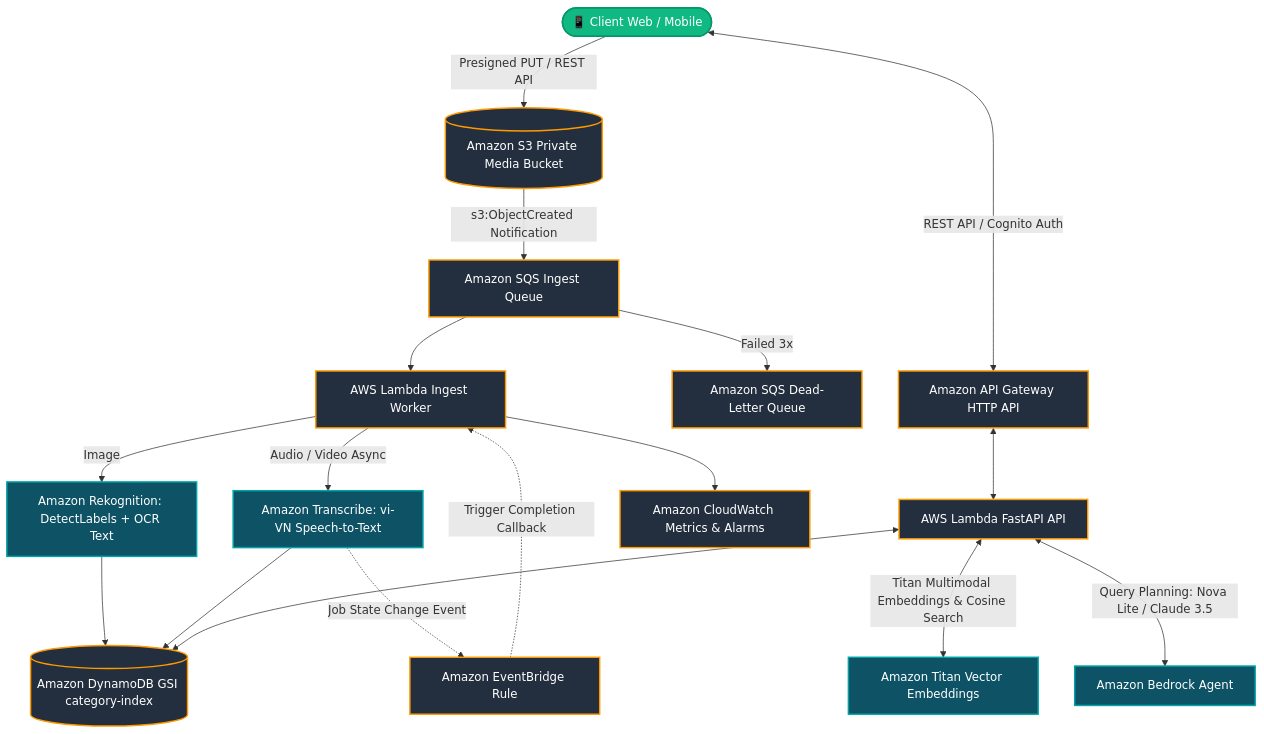
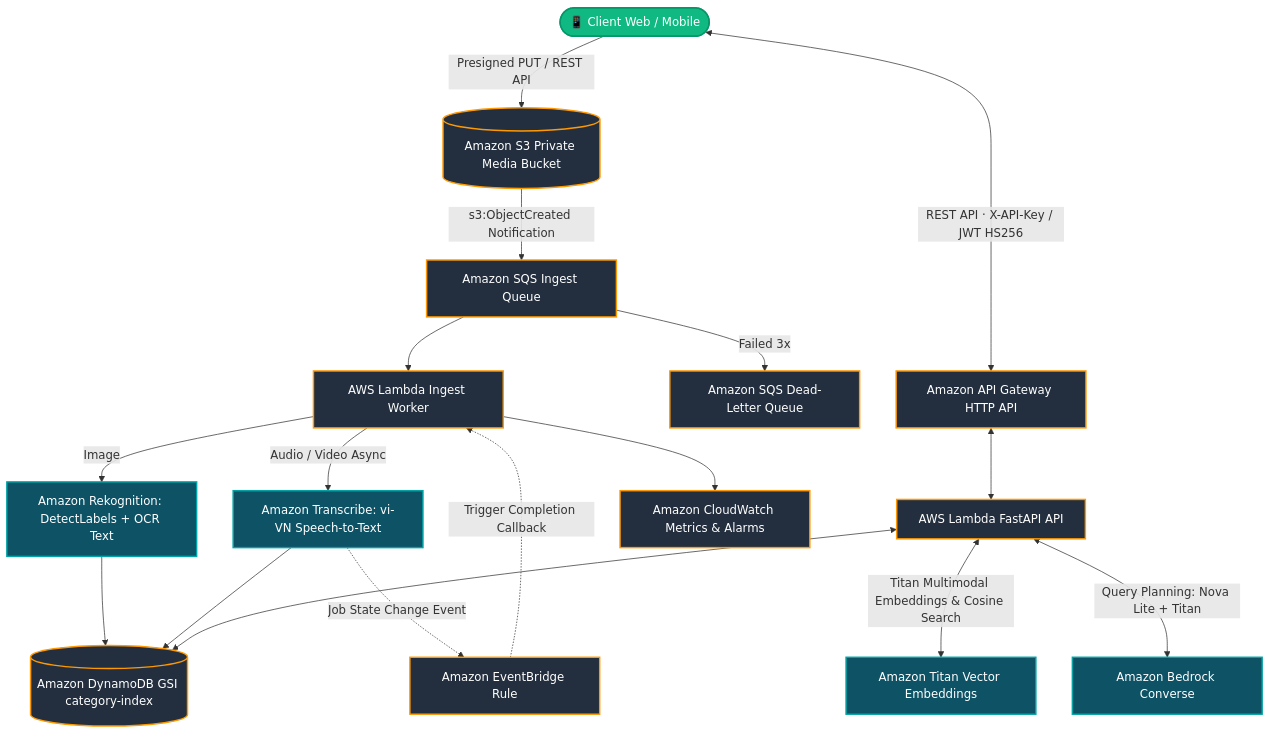
Before and after one commit to Mphuc310771/edumedia-ai: the diagram in README.md, drawn with Mermaid. The commit also changed other lines of this file and 20 other files, not shown here.

````diff
--- a/README.md
+++ b/README.md
@@ -16,29 +16,29 @@
 ```mermaid
 flowchart TD
     Client([📱 Client Web / Mobile]):::client -->|Presigned PUT / REST API| S3[(Amazon S3 Private Media Bucket)]:::aws
-    Client <-->|REST API / Cognito Auth| APIGW[Amazon API Gateway HTTP API]:::aws
+    Client <-->|REST API · X-API-Key / JWT HS256| APIGW[Amazon API Gateway HTTP API]:::aws
     APIGW <--> LambdaAPI[AWS Lambda FastAPI API]:::aws
     
     S3 -->|s3:ObjectCreated Notification| SQS[Amazon SQS Ingest Queue]:::aws
     SQS -->|Failed 3x| DLQ[Amazon SQS Dead-Letter Queue]:::aws
     SQS --> LambdaWorker[AWS Lambda Ingest Worker]:::aws
     
     LambdaWorker -->|Image| Rekognition[Amazon Rekognition: DetectLabels + OCR Text]:::ai
     LambdaWorker -->|Audio / Video Async| Transcribe[Amazon Transcribe: vi-VN Speech-to-Text]:::ai
     
     Transcribe -.->|Job State Change Event| EventBridge[Amazon EventBridge Rule]:::aws
     EventBridge -.->|Trigger Completion Callback| LambdaWorker
     
     Rekognition --> DynamoDB[(Amazon DynamoDB GSI category-index)]:::aws
     Transcribe --> DynamoDB
     
     LambdaAPI <-->|Titan Multimodal Embeddings & Cosine Search| TitanEmbed[Amazon Titan Vector Embeddings]:::ai
-    LambdaAPI <-->|Query Planning: Nova Lite / Claude 3.5| Bedrock[Amazon Bedrock Agent]:::ai
+    LambdaAPI <-->|Query Planning: Nova Lite + Titan| Bedrock[Amazon Bedrock Converse]:::ai
     LambdaAPI <--> DynamoDB
     
     LambdaWorker --> CloudWatch[Amazon CloudWatch Metrics & Alarms]:::aws
 
     classDef aws fill:#232F3E,stroke:#FF9900,stroke-width:2px,color:#fff;
     classDef ai fill:#0D5265,stroke:#00A4A6,stroke-width:2px,color:#fff;
     classDef client fill:#10B981,stroke:#059669,stroke-width:2px,color:#fff;
 ```
````
